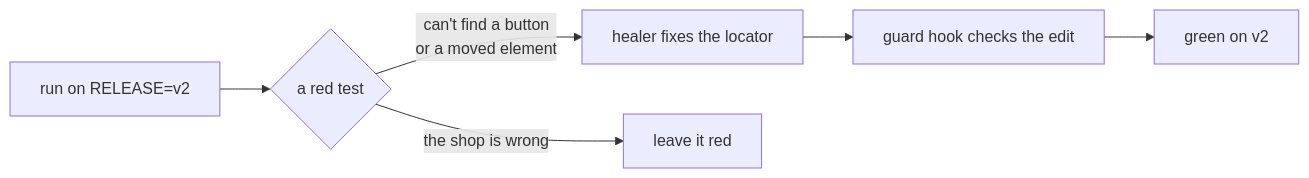
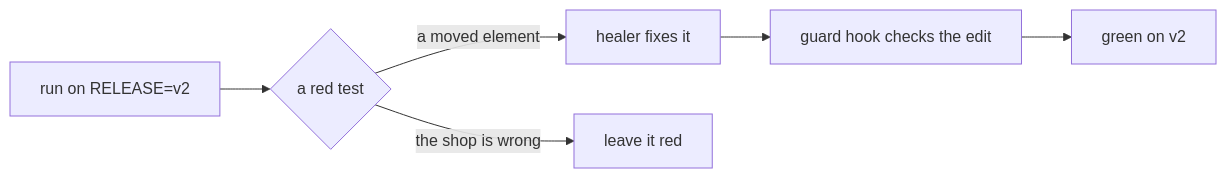
One commit to learnwithparam/agentic-qa-workshop changed the diagram in parts/03-keep-the-suite-healthy/01-heal-a-renamed-button/problem/README.md. Above: the diagram before and after it, drawn with Mermaid. The commit also changed other lines of this file and 298 other files, not shown here.

````diff
--- a/parts/03-keep-the-suite-healthy/01-heal-a-renamed-button/problem/README.md
+++ b/parts/03-keep-the-suite-healthy/01-heal-a-renamed-button/problem/README.md
@@ -12,8 +7,8 @@
 ```mermaid
 flowchart LR
   R[run on RELEASE=v2] --> F{a red test}
-  F -->|can't find a button<br/>or a moved element| H[healer fixes the locator]
+  F -->|a moved element| H[healer fixes it]
   F -->|the shop is wrong| K[leave it red]
   H --> G[guard hook checks the edit]
   G --> T[green on v2]
 ```
````
